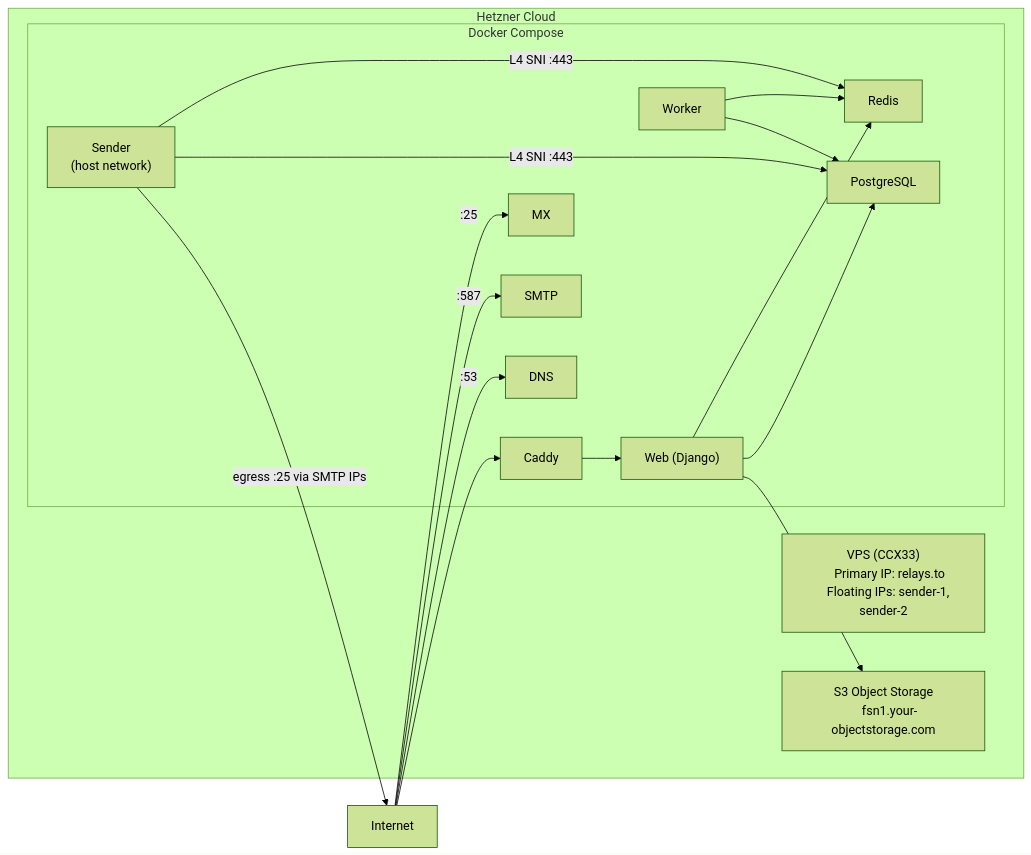
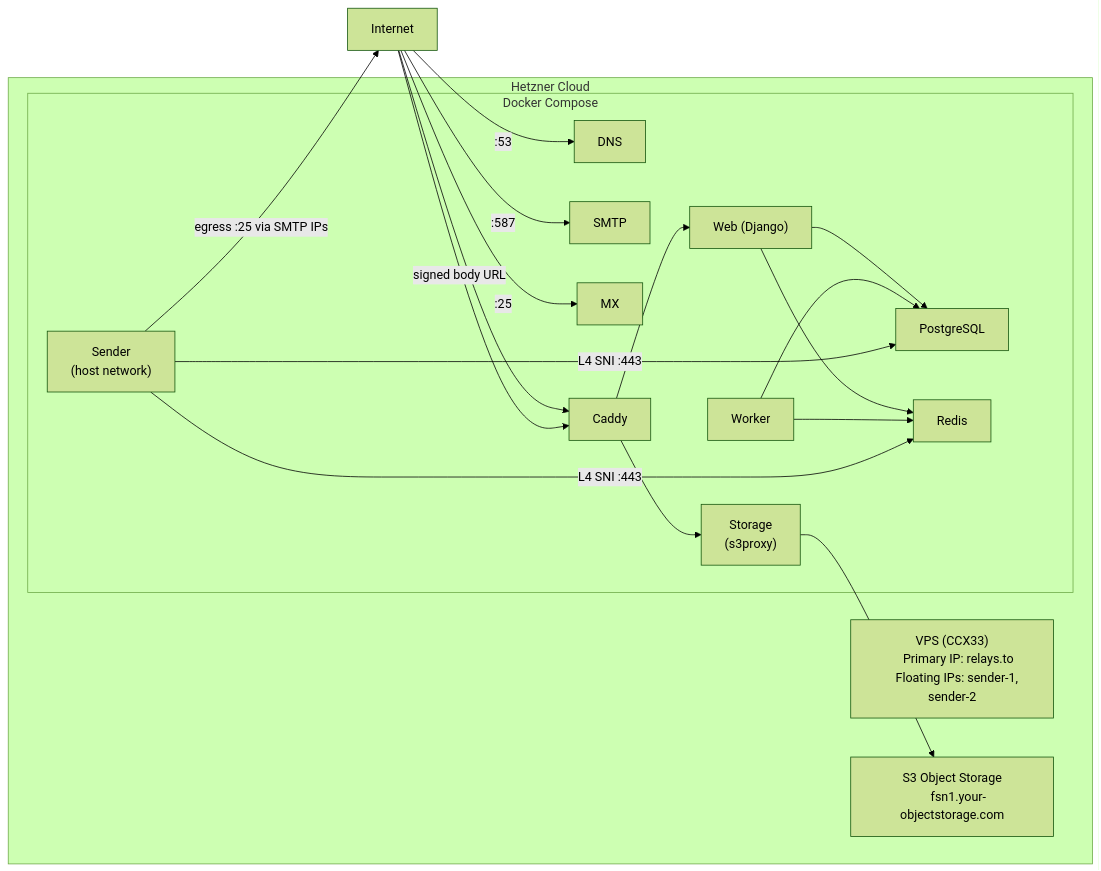
One commit to codingjoe/relay changed the diagram in deploy/README.md. Above: the diagram before and after it, drawn with Mermaid (forest theme). The commit also changed other lines of this file and 4 other files, not shown here.

````diff
--- a/deploy/README.md
+++ b/deploy/README.md
@@ -15,39 +15,43 @@
 ```mermaid
 flowchart LR
   internet["Internet"]
 
   subgraph hetzner["Hetzner Cloud"]
     server["VPS (CCX33)
     Primary IP: relays.to
     Floating IPs: sender-1, sender-2"]
 
     subgraph docker["Docker Compose"]
       web["Web (Django)"]
       dns["DNS"]
       smtp["SMTP"]
       mx["MX"]
       worker["Worker"]
       sender["Sender
       (host network)"]
       pg["PostgreSQL"]
       redis["Redis"]
       caddy["Caddy"]
+      storage["Storage
+      (s3proxy)"]
     end
 
     s3["S3 Object Storage
     fsn1.your-objectstorage.com"]
   end
 
   internet --> caddy --> web
   internet -->|:53| dns
   internet -->|:587| smtp
   internet -->|:25| mx
-  web --> s3
+  internet -->|signed body URL| caddy
+  caddy --> storage
+  storage --> s3
   web --> pg
   web --> redis
   sender -->|"egress :25 via SMTP IPs"| internet
   worker --> pg
   worker --> redis
   sender -->|"L4 SNI :443"| pg
   sender -->|"L4 SNI :443"| redis
 ```
````
